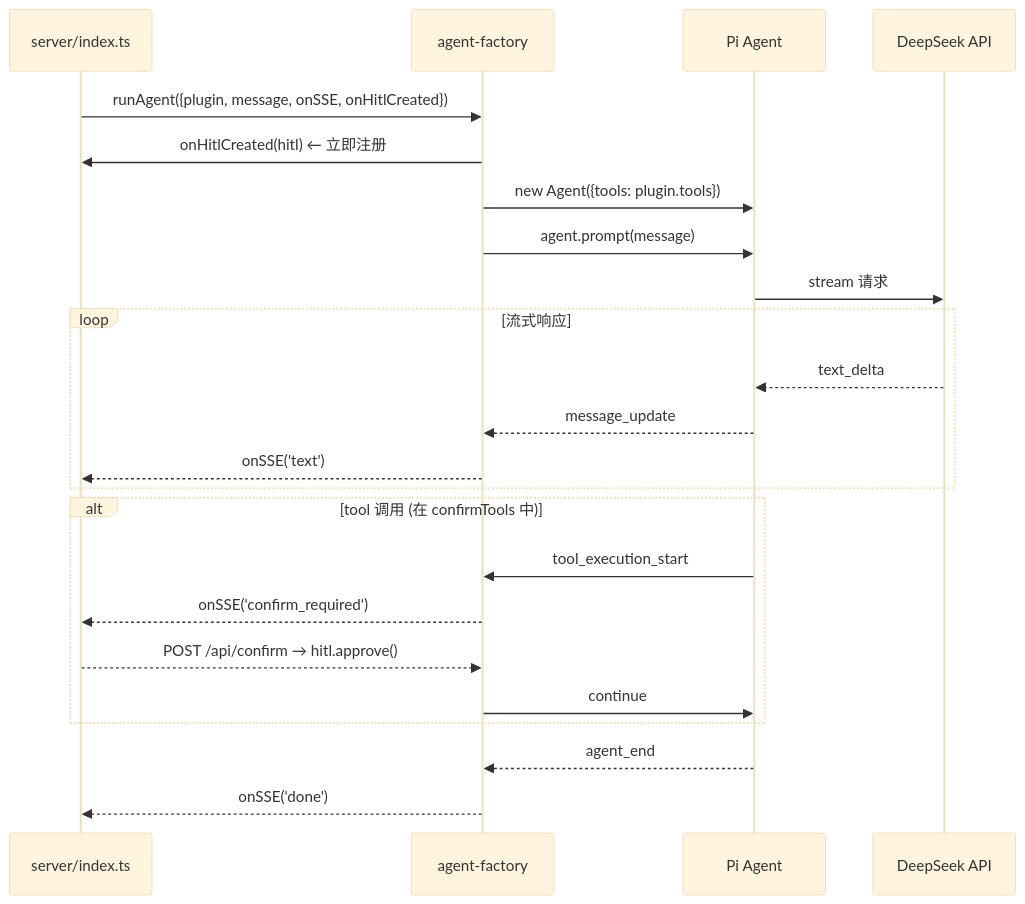
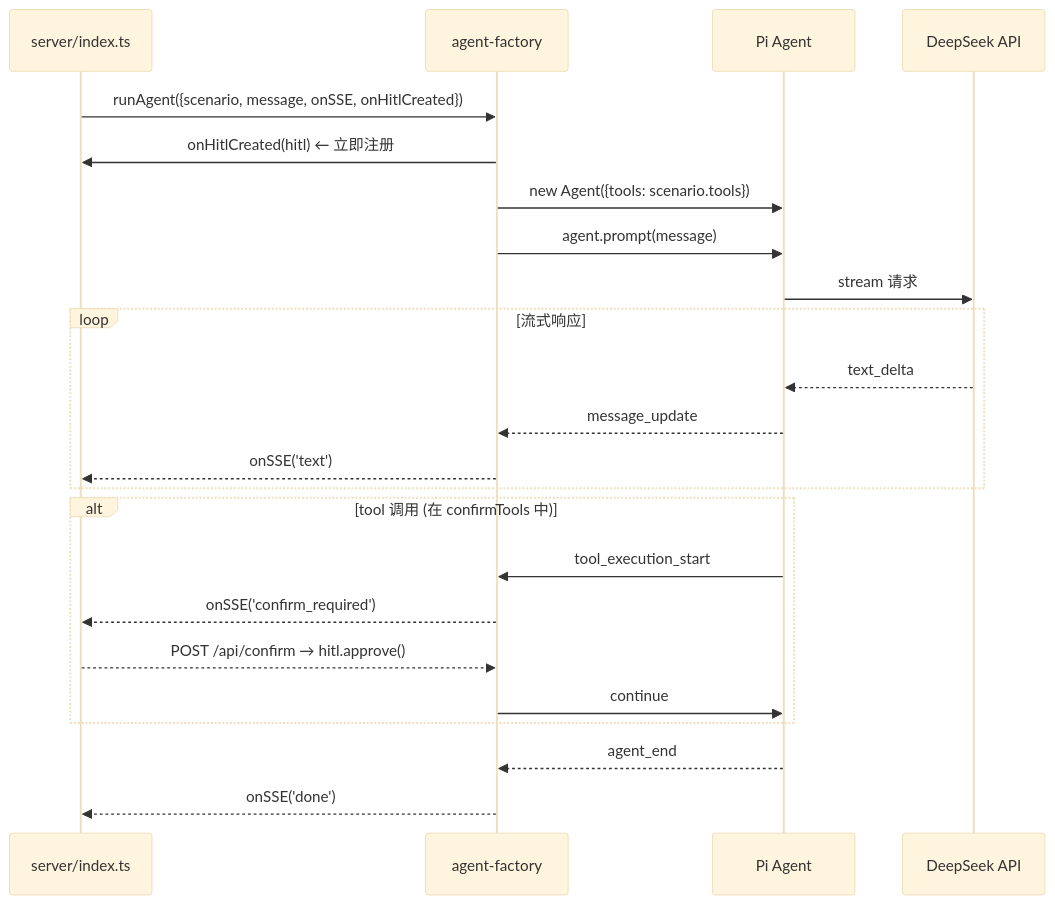
Before and after one commit to yjzaaa/leave-approval-agent: the second of 4 diagrams in src/agent/CLAUDE.md, drawn with Mermaid (base theme). The commit also changed other lines of this file and 80 other files, not shown here.

First line of the commit message:
refactor: Plugin → Scenario 全局重命名，消除业务术语歧义

````diff
--- a/src/agent/CLAUDE.md
+++ b/src/agent/CLAUDE.md
@@ -68,29 +68,29 @@
 ```mermaid
 sequenceDiagram
     participant Server as server/index.ts
     participant Factory as agent-factory
     participant Agent as Pi Agent
     participant API as DeepSeek API
 
-    Server->>Factory: runAgent({plugin, message, onSSE, onHitlCreated})
+    Server->>Factory: runAgent({scenario, message, onSSE, onHitlCreated})
     Factory->>Server: onHitlCreated(hitl) ← 立即注册
-    Factory->>Agent: new Agent({tools: plugin.tools})
+    Factory->>Agent: new Agent({tools: scenario.tools})
     Factory->>Agent: agent.prompt(message)
     Agent->>API: stream 请求
 
     loop 流式响应
         API-->>Agent: text_delta
         Agent-->>Factory: message_update
         Factory-->>Server: onSSE('text')
     end
 
     alt tool 调用 (在 confirmTools 中)
         Agent->>Factory: tool_execution_start
         Factory-->>Server: onSSE('confirm_required')
         Server-->>Factory: POST /api/confirm → hitl.approve()
         Factory->>Agent: continue
     end
 
     Agent-->>Factory: agent_end
     Factory-->>Server: onSSE('done')
 ```
````
